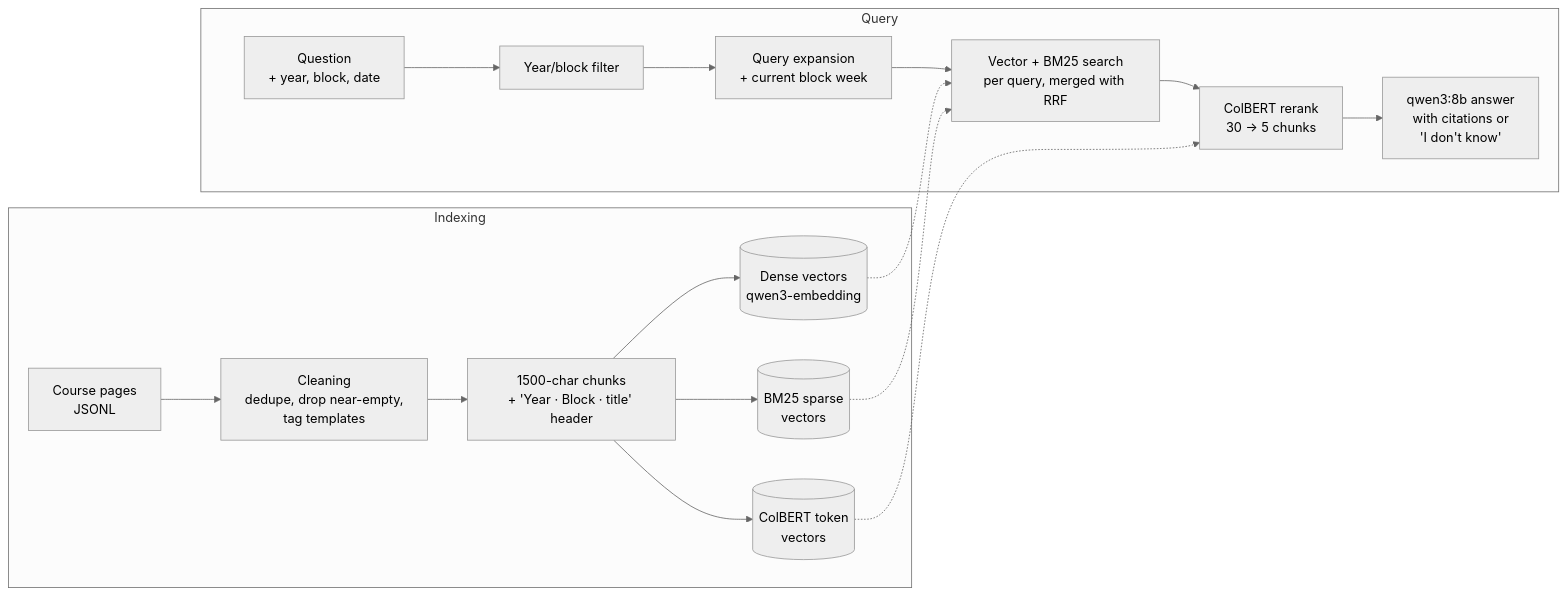
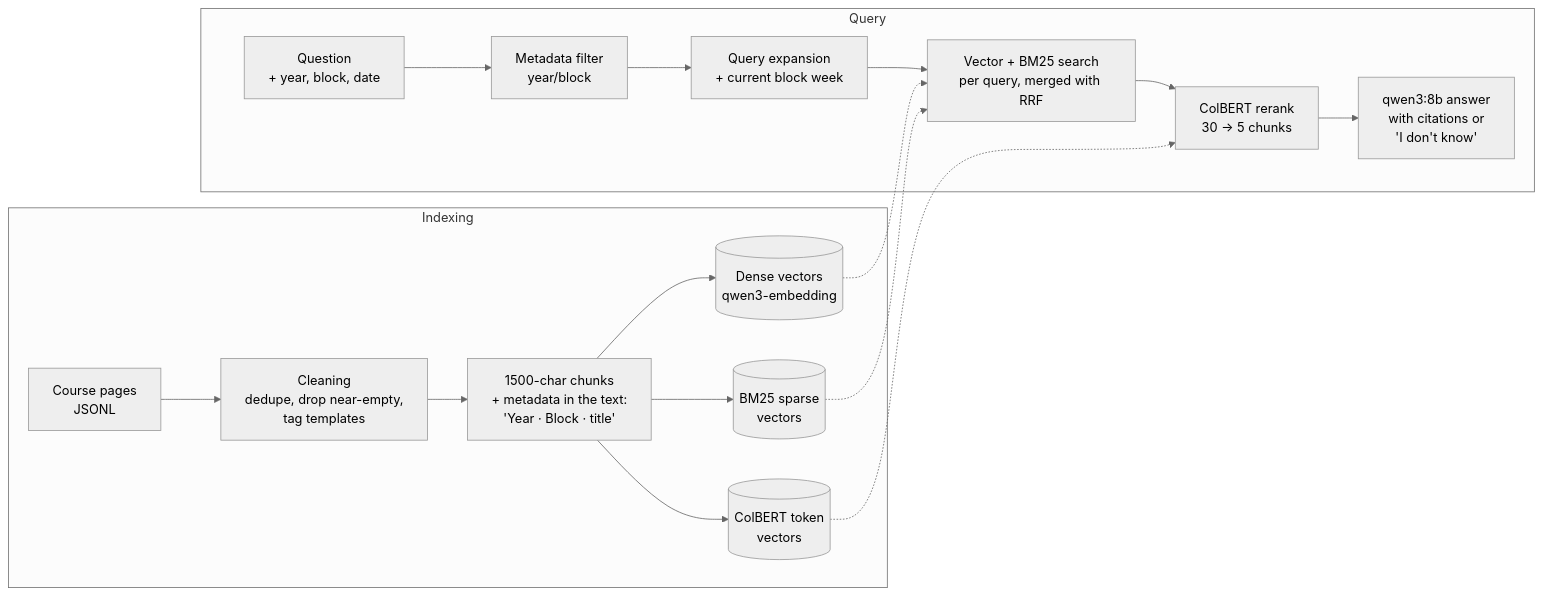
The diagram in README.md (Shadowiee18/rag-project), drawn with Mermaid (neutral theme) before and after one commit. The commit also changed other lines of this file, not shown here.

Commit message:
README: name the two uses of chunk metadata (enrichment and filtering)
The year/block/title metadata of each chunk is used twice: written into the chunk text
before embedding (metadata enrichment, a contextual chunk header) and stored next to the
chunk in Qdrant to filter the search. The README now names both instead of calling the
first one 'headers'. Code and config names (CHUNK_HEADERS) are unchanged.

````diff
--- a/README.md
+++ b/README.md
@@ -52,20 +52,20 @@
 ```mermaid
 flowchart LR
     subgraph Indexing
         P[Course pages<br/>JSONL] --> C[Cleaning<br/>dedupe, drop near-empty,<br/>tag templates]
-        C --> K[1500-char chunks<br/>+ 'Year · Block · title' header]
+        C --> K[1500-char chunks<br/>+ metadata in the text:<br/>'Year · Block · title']
         K --> D[(Dense vectors<br/>qwen3-embedding)]
         K --> B[(BM25 sparse<br/>vectors)]
         K --> L[(ColBERT token<br/>vectors)]
     end
     subgraph Query
-        Q[Question<br/>+ year, block, date] --> F[Year/block filter]
+        Q[Question<br/>+ year, block, date] --> F[Metadata filter<br/>year/block]
         F --> R[Query expansion<br/>+ current block week]
         R --> H[Vector + BM25 search<br/>per query, merged with RRF]
         H --> X[ColBERT rerank<br/>30 → 5 chunks]
         X --> G[qwen3:8b answer<br/>with citations or<br/>'I don't know']
     end
     D -.-> H
     B -.-> H
     L -.-> X
 ```
````
